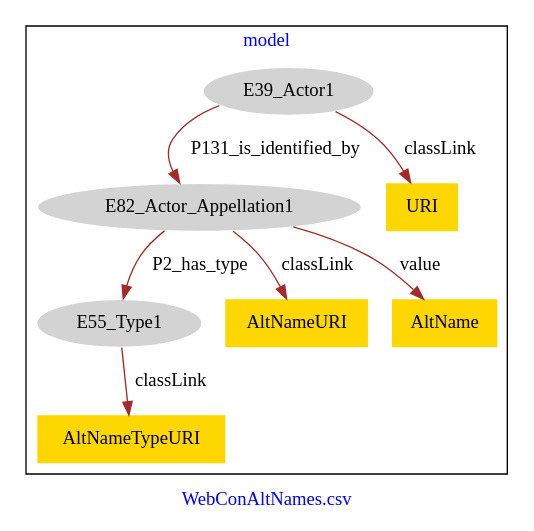
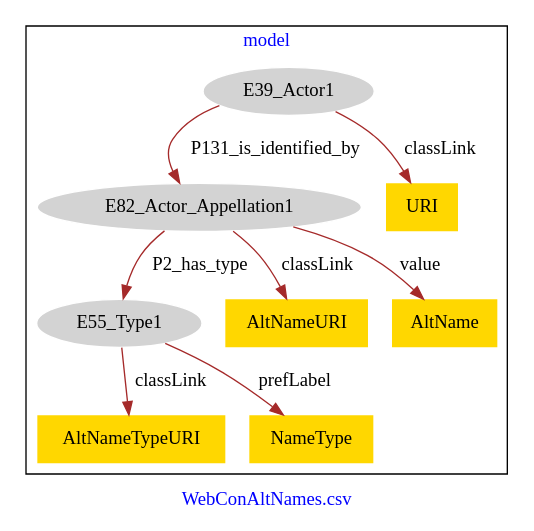
The diagram in Artist/WebConAltNames-model.dot (american-art/SAAM), drawn with Graphviz before and after one commit.

Commit message:
Update file WebConAltNames-model.dot

```diff
--- a/Artist/WebConAltNames-model.dot
+++ b/Artist/WebConAltNames-model.dot
@@ -1,21 +1,23 @@
 digraph n0 {
 fontcolor="blue"
 remincross="true"
 label="WebConAltNames.csv"
 subgraph cluster {
 label="model"
 n2[style="filled",color="white",fillcolor="lightgray",label="E39_Actor1"];
 n3[style="filled",color="white",fillcolor="lightgray",label="E82_Actor_Appellation1"];
 n4[style="filled",color="white",fillcolor="lightgray",label="E55_Type1"];
 n5[shape="plaintext",style="filled",fillcolor="gold",label="URI"];
 n6[shape="plaintext",style="filled",fillcolor="gold",label="AltNameURI"];
 n7[shape="plaintext",style="filled",fillcolor="gold",label="AltName"];
 n8[shape="plaintext",style="filled",fillcolor="gold",label="AltNameTypeURI"];
+n9[shape="plaintext",style="filled",fillcolor="gold",label="NameType"];
 }
 n2 -> n3[color="brown",fontcolor="black",label="P131_is_identified_by"]
 n3 -> n4[color="brown",fontcolor="black",label="P2_has_type"]
 n2 -> n5[color="brown",fontcolor="black",label="classLink"]
 n3 -> n6[color="brown",fontcolor="black",label="classLink"]
 n3 -> n7[color="brown",fontcolor="black",label="value"]
 n4 -> n8[color="brown",fontcolor="black",label="classLink"]
+n4 -> n9[color="brown",fontcolor="black",label="prefLabel"]
 }
```
